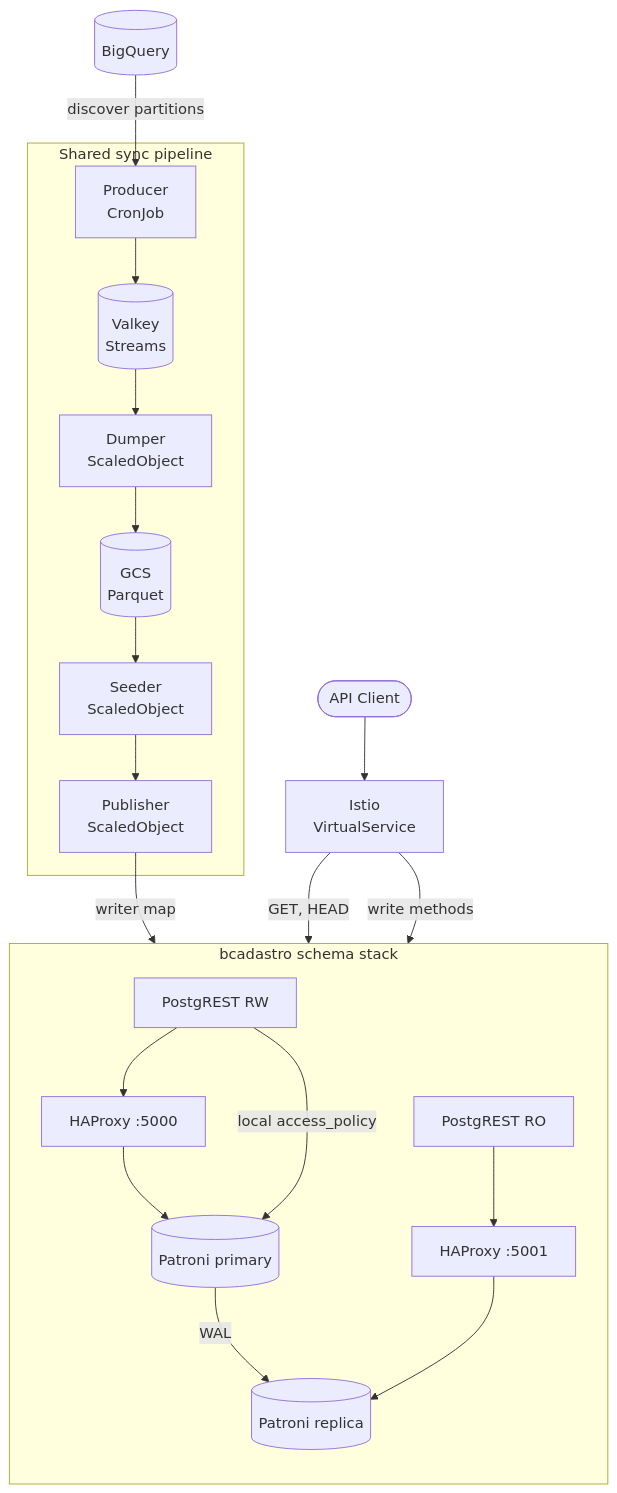
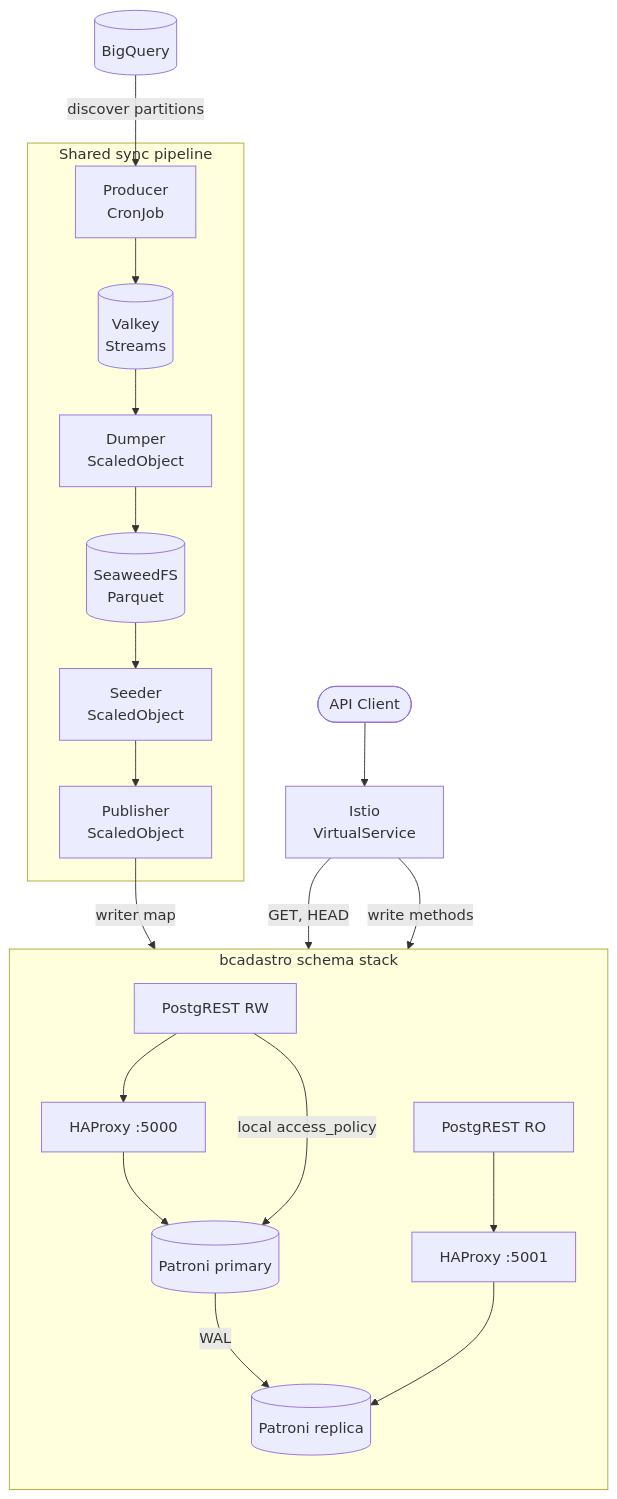
Before and after one commit to prefeitura-rio/data-proxy: the second of 2 diagrams in docs/architecture.md, drawn with Mermaid. The commit also changed other lines of this file and 3 other files, not shown here.

````diff
--- a/docs/architecture.md
+++ b/docs/architecture.md
@@ -74,29 +74,29 @@
 ```mermaid
 flowchart TD
     BQ[(BigQuery)]
     R[(Valkey\nStreams)]
-    GCS[(GCS\nParquet)]
+    S3[(SeaweedFS\nParquet)]
     API[Istio\nVirtualService]
     Client([API Client])
 
     subgraph pipeline[Shared sync pipeline]
         P[Producer\nCronJob] --> R --> W[Dumper\nScaledObject]
-        W --> GCS --> S[Seeder\nScaledObject] --> FIN[Publisher\nScaledObject]
+        W --> S3 --> S[Seeder\nScaledObject] --> FIN[Publisher\nScaledObject]
     end
 
     subgraph cadastro[bcadastro schema stack]
         direction TB
         PRW1[PostgREST RW] --> H1[HAProxy :5000]
         PRO1[PostgREST RO] --> H1R[HAProxy :5001]
         H1 --> PG1[(Patroni primary)]
         PG1 -->|WAL| PG2[(Patroni replica)]
         H1R --> PG2
     end
 
     BQ -->|discover partitions| P
     FIN -->|writer map| H1
     Client --> API
     API -->|GET, HEAD| PRO1
     API -->|write methods| PRW1
     PRW1 -->|local access_policy| PG1
 ```
````
